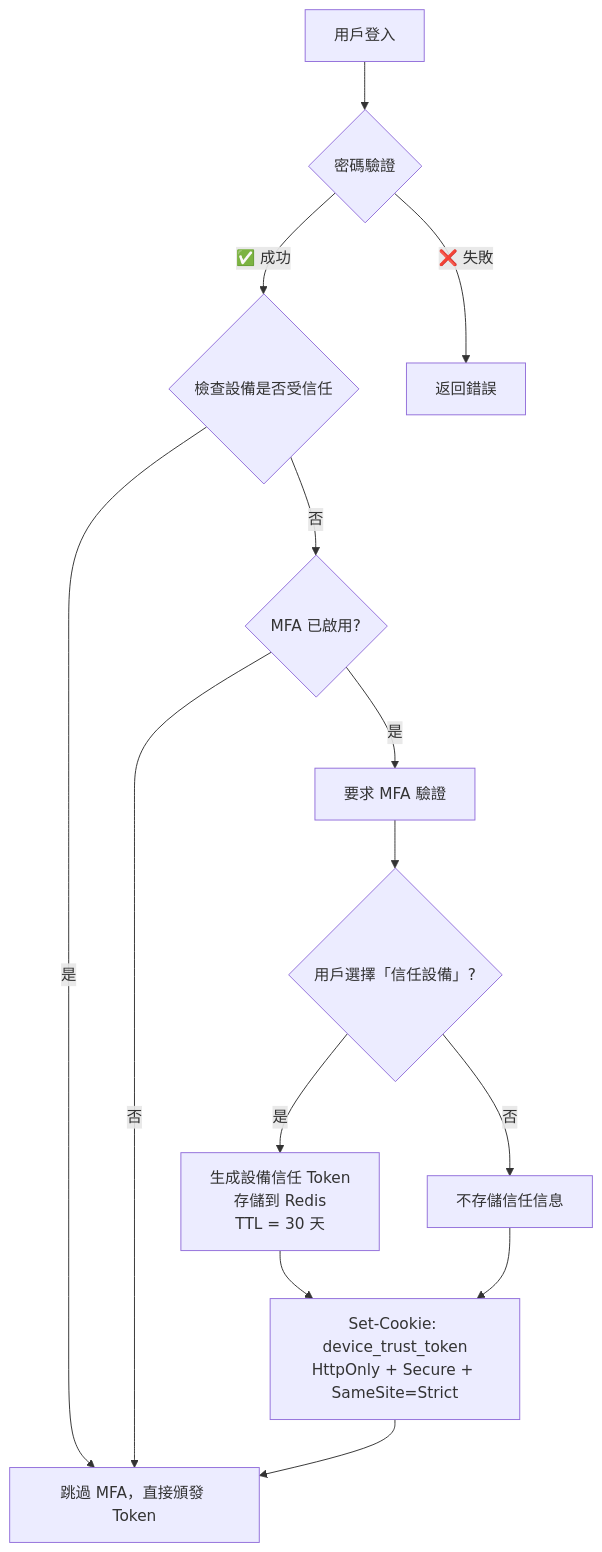
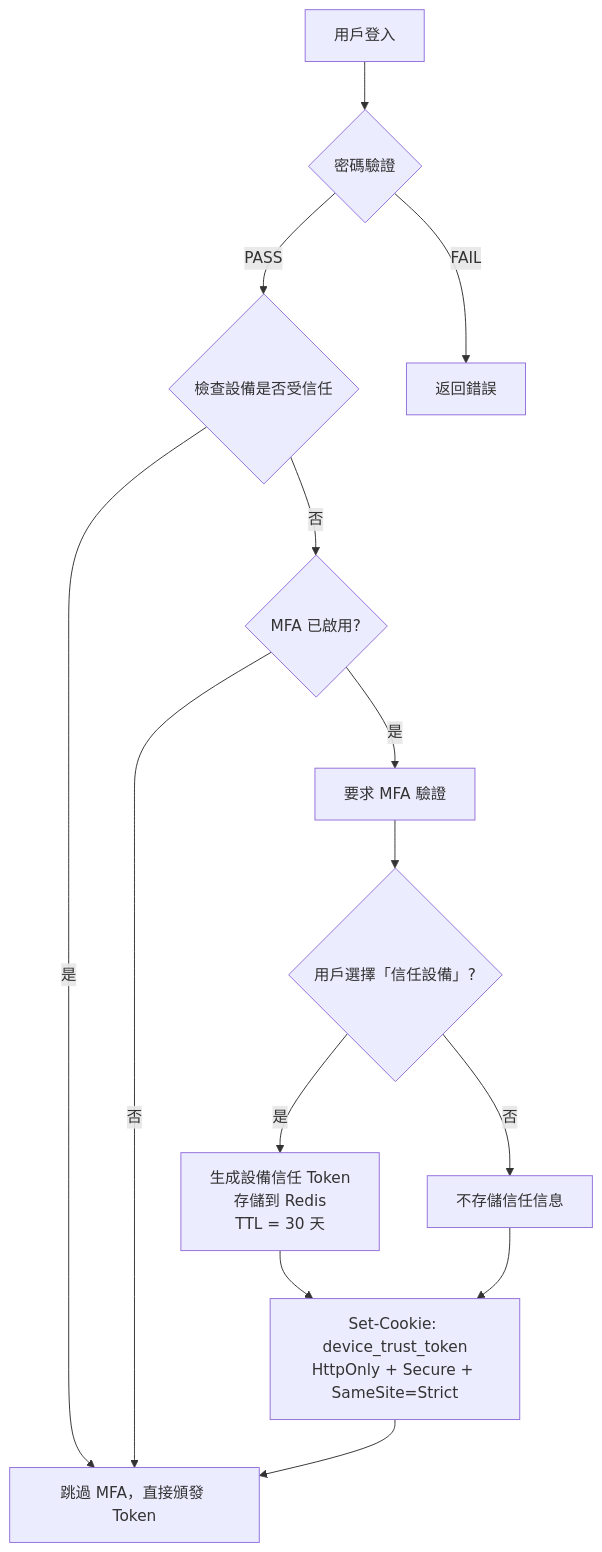
The fourth of 9 diagrams in docs/iGaming/05_Platform_Governance/05-06_MFA_Implementation.md (ron03wlb/smart-admin), drawn with Mermaid before and after one commit. The commit also changed other lines of this file and 12 other files, not shown here.

Commit message:
docs(iGaming): update risk control, architecture docs and add validation scripts

````diff
--- a/docs/iGaming/05_Platform_Governance/05-06_MFA_Implementation.md
+++ b/docs/iGaming/05_Platform_Governance/05-06_MFA_Implementation.md
@@ -834,20 +834,20 @@
 ```mermaid
 graph TD
     A[用戶登入] --> B{密碼驗證}
-    B -->|✅ 成功| C{檢查設備是否受信任}
-    B -->|❌ 失敗| Z[返回錯誤]
+    B -->|PASS| C{檢查設備是否受信任}
+    B -->|FAIL| Z[返回錯誤]
 
     C -->|是| D[跳過 MFA，直接頒發 Token]
     C -->|否| E{MFA 已啟用?}
 
     E -->|是| F[要求 MFA 驗證]
     E -->|否| D
 
     F --> G{用戶選擇「信任設備」?}
     G -->|是| H[生成設備信任 Token<br/>存儲到 Redis<br/>TTL = 30 天]
     G -->|否| I[不存儲信任信息]
 
     H --> J[Set-Cookie: device_trust_token<br/>HttpOnly + Secure + SameSite=Strict]
     I --> J
     J --> D
 ```
````
